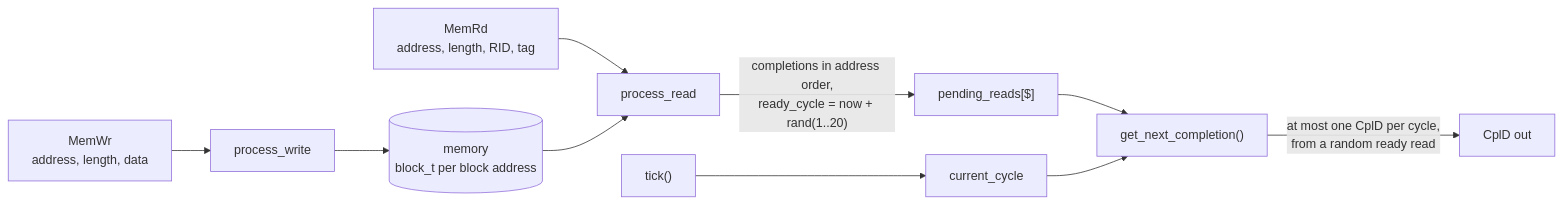
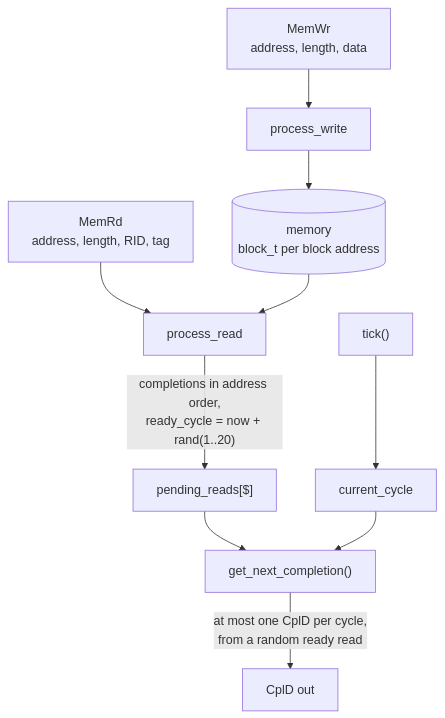
Before and after one commit to tamirgabgab/DV-Interview-Questions: the diagram in docs/questions/senior/0023-pcie-endpoint-reference-model.md, drawn with Mermaid. The commit also changed 4 other files, not shown here.

First line of the commit message:
Draw WaveDrom and Mermaid diagrams in the site's palette (11.1)

````diff
--- a/docs/questions/senior/0023-pcie-endpoint-reference-model.md
+++ b/docs/questions/senior/0023-pcie-endpoint-reference-model.md
@@ -197,12 +197,12 @@
     ```mermaid
-    flowchart LR
+    flowchart TB
         W["MemWr<br/>address, length, data"] --> PW["process_write"]
         PW --> M[("memory<br/>block_t per block address")]
         R["MemRd<br/>address, length, RID, tag"] --> PR["process_read"]
         M --> PR
         PR -- "completions in address order,<br/>ready_cycle = now + rand(1..20)" --> Q["pending_reads[$]"]
         T["tick()"] --> C["current_cycle"]
         Q --> G["get_next_completion()"]
         C --> G
         G -- "at most one CplD per cycle,<br/>from a random ready read" --> OUT["CplD out"]
     ```
````
